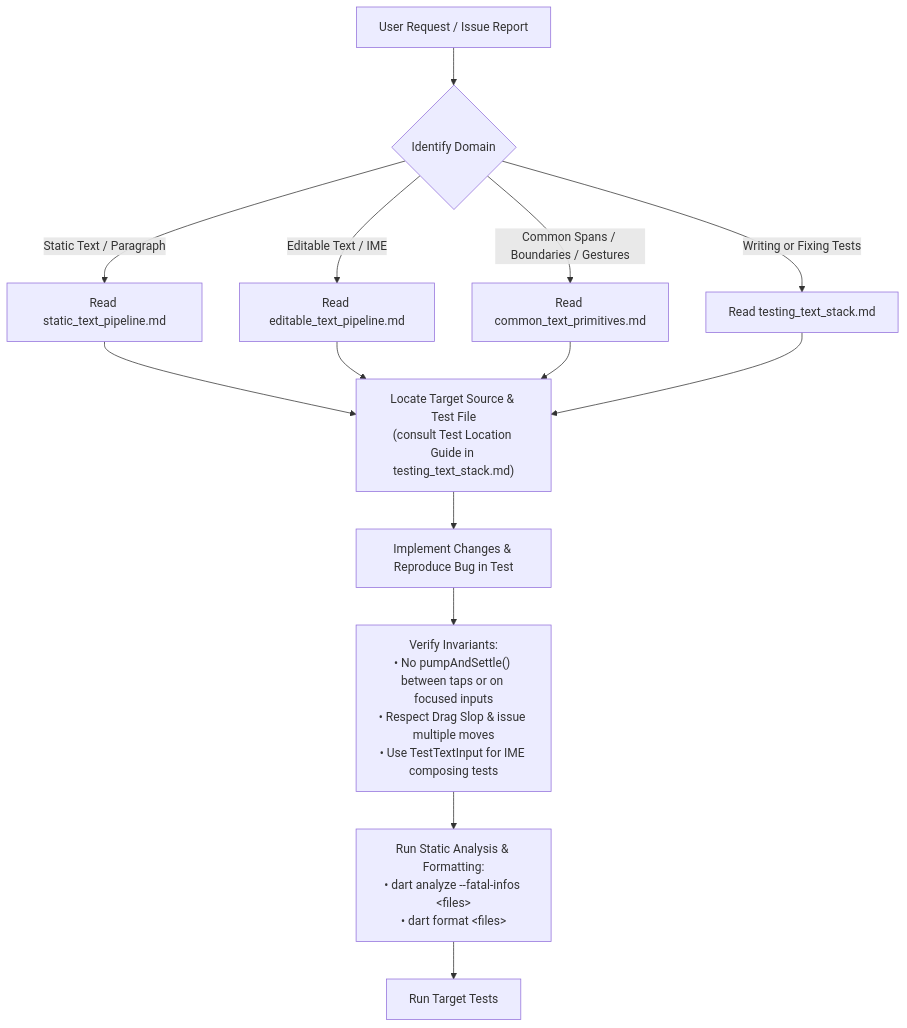
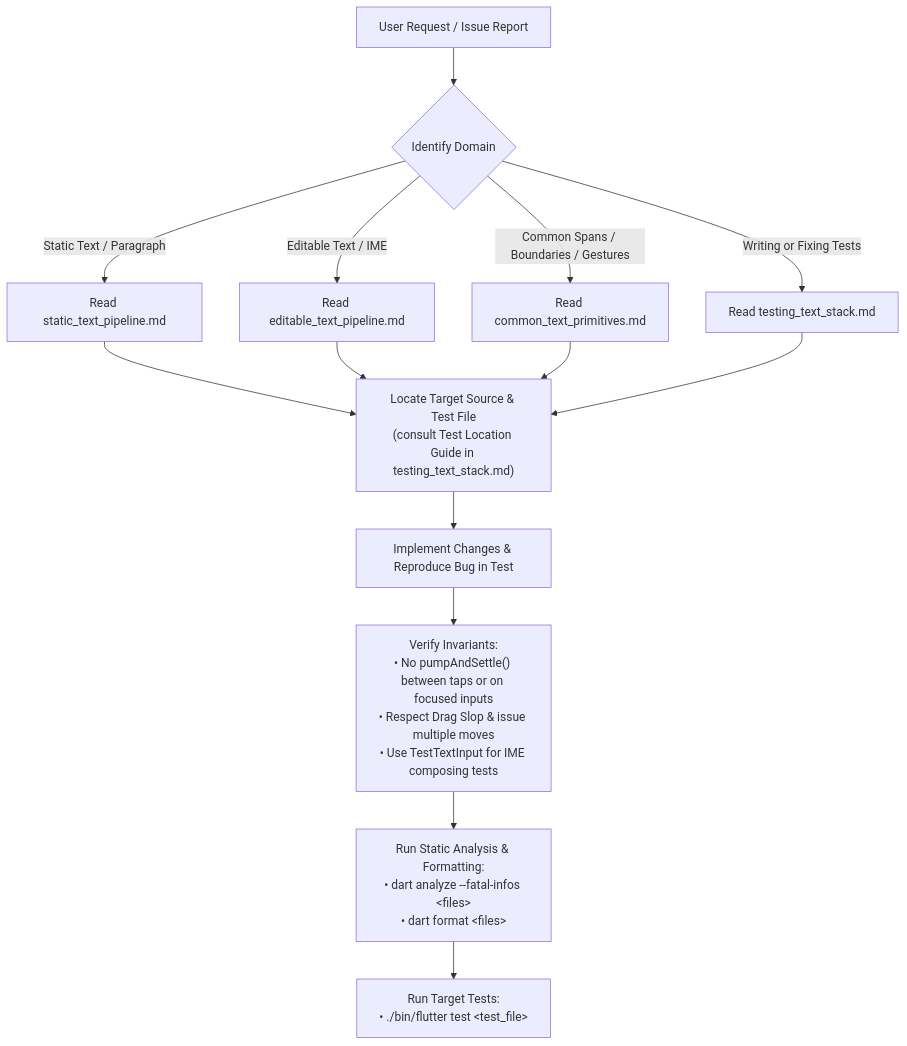
Before and after one commit to Renzo-Olivares/flutter: the diagram in .agents/skills/flutter-text-domain-expert/SKILL.md, drawn with Mermaid. The commit also changed other lines of this file and 7 other files, not shown here.

````diff
--- a/.agents/skills/flutter-text-domain-expert/SKILL.md
+++ b/.agents/skills/flutter-text-domain-expert/SKILL.md
@@ -70,18 +79,18 @@
 ```mermaid
 flowchart TD
     A["User Request / Issue Report"] --> B{"Identify Domain"}
     B -->|"Static Text / Paragraph"| C["Read static_text_pipeline.md"]
     B -->|"Editable Text / IME"| D["Read editable_text_pipeline.md"]
     B -->|"Common Spans / Boundaries / Gestures"| E["Read common_text_primitives.md"]
     B -->|"Writing or Fixing Tests"| F["Read testing_text_stack.md"]
     
     C --> G["Locate Target Source & Test File<br/>(consult Test Location Guide in testing_text_stack.md)"]
     D --> G
     E --> G
     F --> G
 
     G --> H["Implement Changes & Reproduce Bug in Test"]
     H --> I["Verify Invariants:<br/>• No pumpAndSettle() between taps or on focused inputs<br/>• Respect Drag Slop & issue multiple moves<br/>• Use TestTextInput for IME composing tests"]
     I --> J["Run Static Analysis & Formatting:<br/>• dart analyze --fatal-infos &lt;files&gt;<br/>• dart format &lt;files&gt;"]
-    J --> K["Run Target Tests"]
+    J --> K["Run Target Tests:<br/>• ./bin/flutter test &lt;test_file&gt;"]
 ```
````
